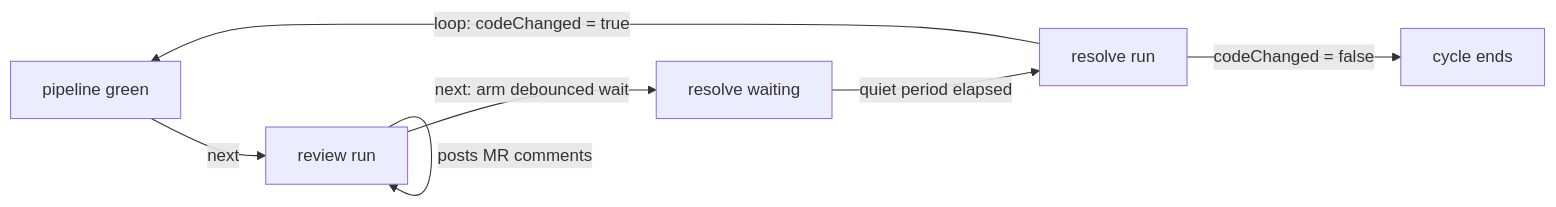
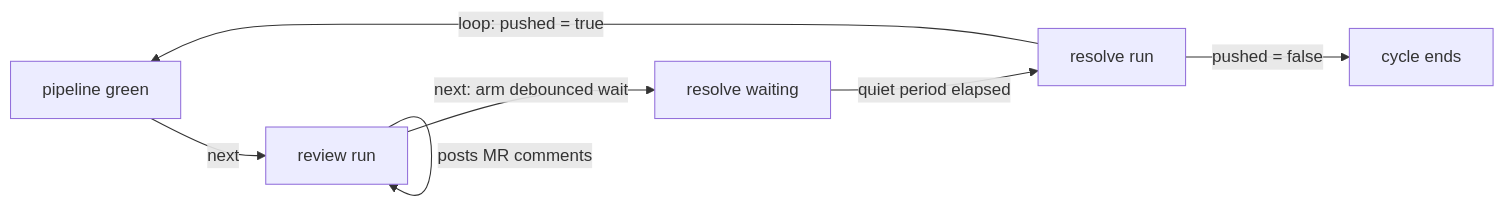
Before and after one commit to CodeThatBreak/ship: the diagram in docs/architecture/review-node.md, drawn with Mermaid. The commit also changed 8 other files, not shown here.

````diff
--- a/docs/architecture/review-node.md
+++ b/docs/architecture/review-node.md
@@ -53,9 +53,9 @@
 ```mermaid
 flowchart LR
   P[pipeline green] -->|next| R[review run]
   R -->|posts MR comments| R
   R -->|next: arm debounced wait| S[resolve waiting]
   S -->|quiet period elapsed| X[resolve run]
-  X -->|loop: codeChanged = true| P
-  X -->|codeChanged = false| E[cycle ends]
+  X -->|loop: pushed = true| P
+  X -->|pushed = false| E[cycle ends]
 ```
````
